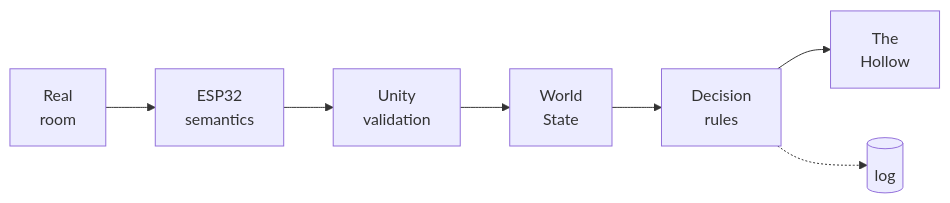
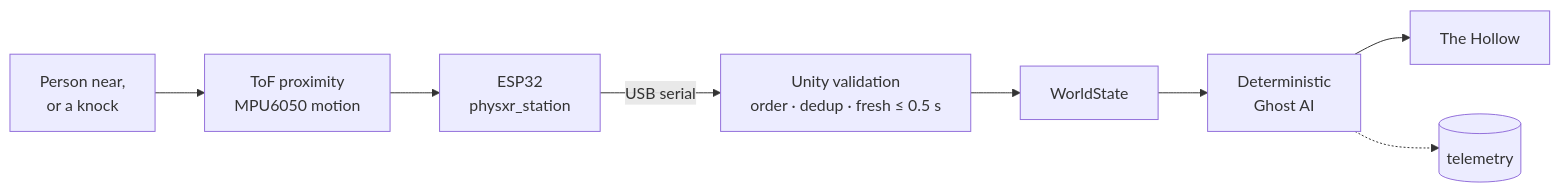
Before and after one commit to ArnavJain2005/PHYS-XR: the diagram in README.md, drawn with Mermaid. The commit also changed other lines of this file and 5 other files, not shown here.

````diff
--- a/README.md
+++ b/README.md
@@ -94,5 +56,6 @@
 ```mermaid
 flowchart LR
-    A["Real<br/>room"] --> B["ESP32<br/>semantics"] --> C["Unity<br/>validation"] --> D["World<br/>State"] --> E["Decision<br/>rules"] --> F["The<br/>Hollow"]
-    E -.-> H[("log")]
+    P["Person near,<br/>or a knock"] --> S["ToF proximity<br/>MPU6050 motion"] --> E["ESP32<br/>physxr_station"]
+    E -->|"USB serial"| V["Unity validation<br/>order · dedup · fresh ≤ 0.5 s"] --> W["WorldState"] --> D["Deterministic<br/>Ghost AI"] --> G["The Hollow"]
+    D -.-> T[("telemetry")]
 ```
````
